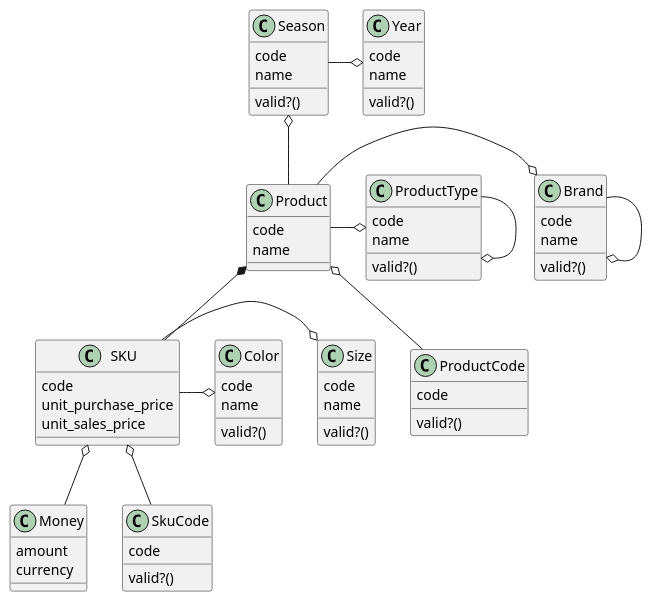
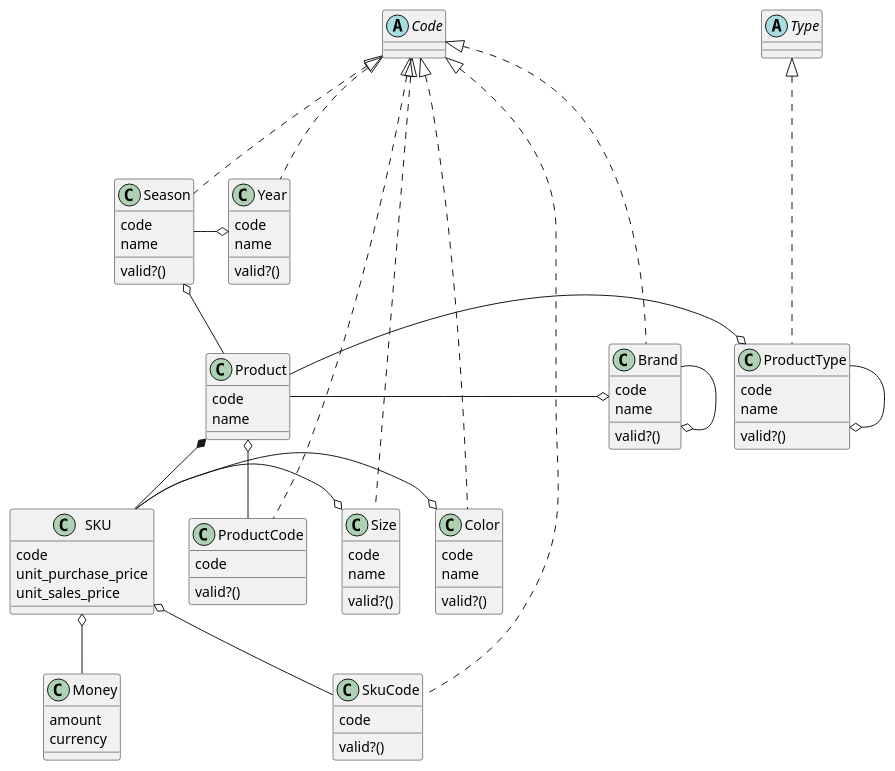
The second of 3 diagrams in docs/dev/sales_modeling/type3_product.md (k2works/etude_for_rails), drawn with PlantUML before and after one commit. The commit also changed 14 other files, not shown here.

````diff
--- a/docs/dev/sales_modeling/type3_product.md
+++ b/docs/dev/sales_modeling/type3_product.md
@@ -80,65 +80,78 @@
 ```puml
 class Product {
   code
   name
 }
 class SKU {
   code
   unit_purchase_price
   unit_sales_price  
 }
 class Year {
   code
   name
   valid?()  
 }
 class Season {
   code
   name
   valid?()  
 }
 class Brand {
   code
   name
   valid?()  
 }
 class ProductType {
   code
   name
   valid?()  
 }
 class Size {
   code
   name
   valid?()  
 }
 class Color {
   code
   name
   valid?()  
 }
 class ProductCode {
   code
   valid?()
 }
 class Money {
   amount
   currency
 }
 class SkuCode {
   code
   valid?()
 }
+abstract Code {  
+}
+abstract Type {  
+}
+
 Product *-- SKU
 Product -o Brand
 Brand -o Brand
 Product -ro ProductType
 ProductType -o ProductType
 Season o-- Product
 Season -o Year
 SKU -o Size
 SKU -ro Color
 Product o-- ProductCode
 SKU o-- Money
 SKU o-- SkuCode
+Code <|... Season
+Code <|... Year
+Type <|.... ProductType
+Code <|... Brand
+Code <|... ProductCode
+Code <|... Color
+Code <|... Size
+Code <|... SkuCode
 ```
````
